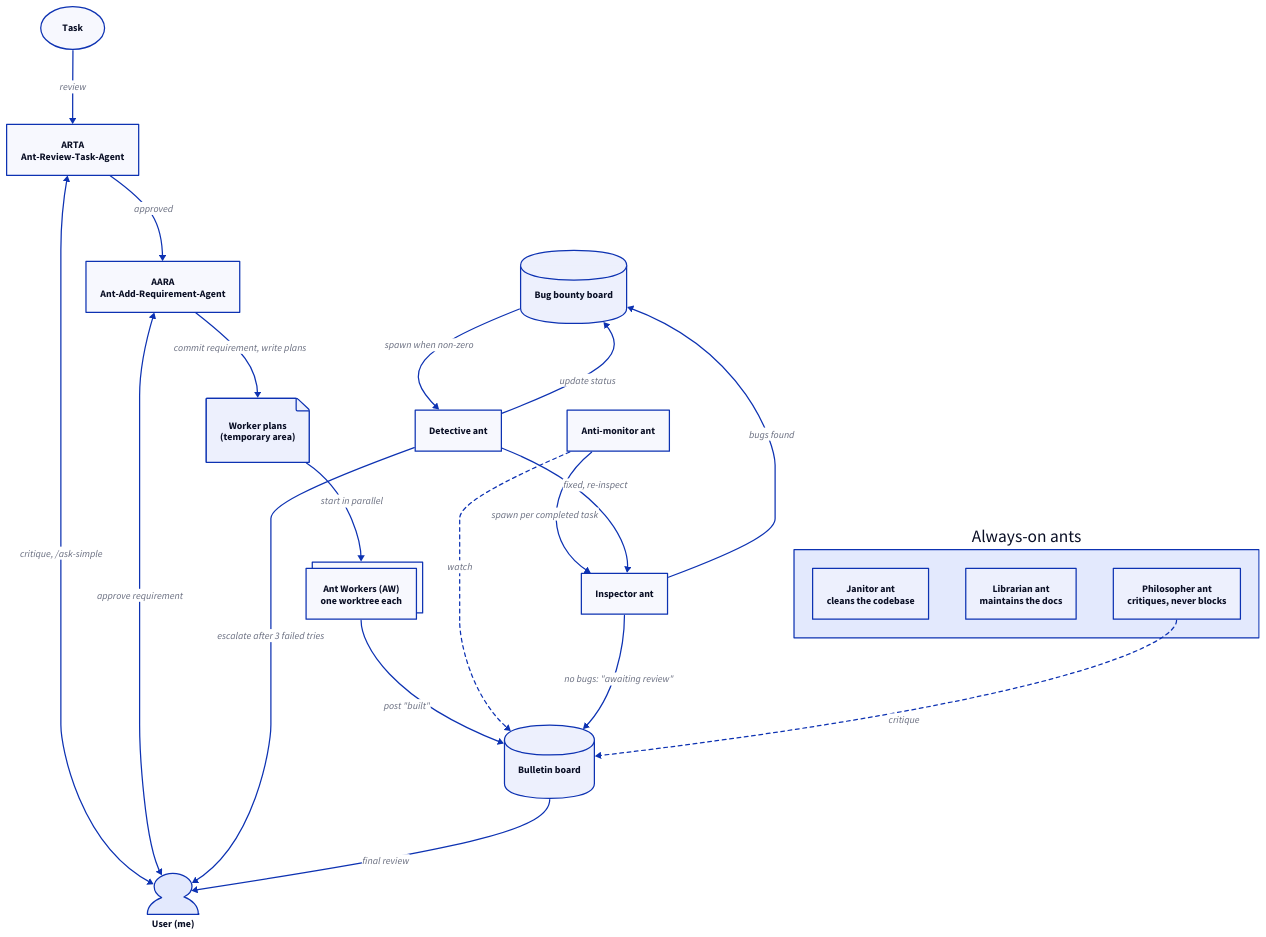
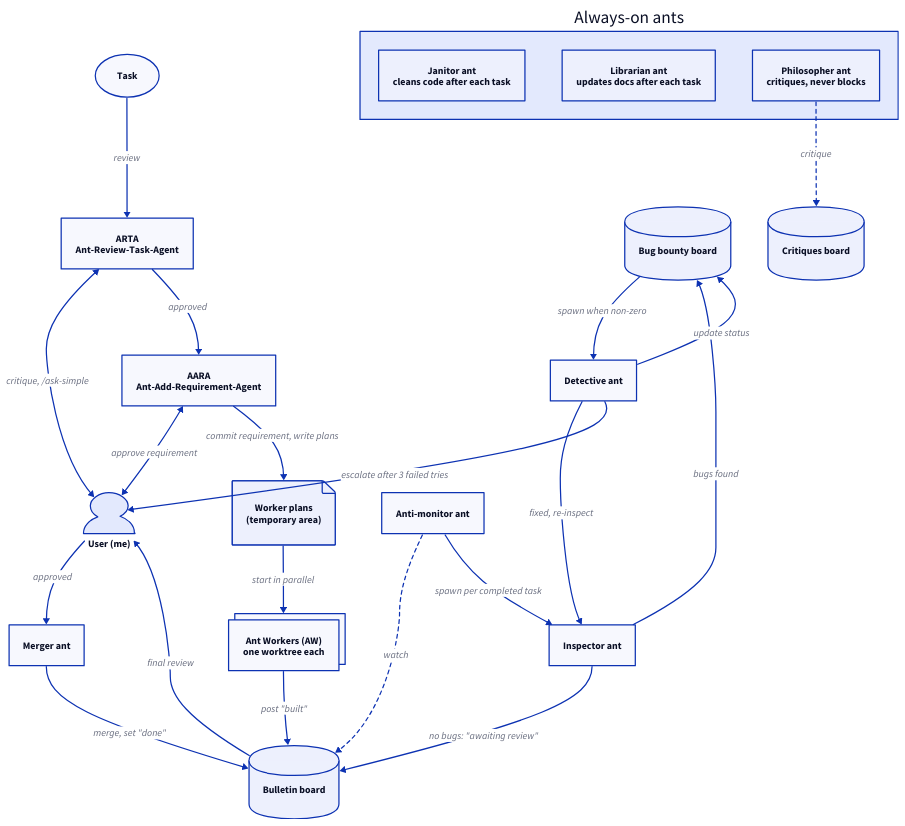
Before and after one commit to raveensrk/agent1: the diagram in age_of_agents/index.md, drawn with D2. The commit also changed other lines of this file and 4 other files, not shown here.

Commit message:
docs(ishikari): merger ant, upkeep timing, critiques board, workflow script

````diff
--- a/age_of_agents/index.md
+++ b/age_of_agents/index.md
@@ -61,42 +68,47 @@
 ```d2
 direction: down
 
 task: Task {shape: oval}
 user: User (me) {shape: person}
 
 arta: ARTA\nAnt-Review-Task-Agent
 aara: AARA\nAnt-Add-Requirement-Agent
 plan: Worker plans\n(temporary area) {shape: page}
 aw: Ant Workers (AW)\none worktree each {style.multiple: true}
 
 bulletin: Bulletin board {shape: cylinder}
 bounty: Bug bounty board {shape: cylinder}
 
 monitor: Anti-monitor ant
 inspector: Inspector ant
 detective: Detective ant
 
+merger: Merger ant
+critiques: Critiques board {shape: cylinder}
+
 always_on: Always-on ants {
-  janitor: Janitor ant\ncleans the codebase
-  librarian: Librarian ant\nmaintains the docs
+  janitor: Janitor ant\ncleans code after each task
+  librarian: Librarian ant\nupdates docs after each task
   philosopher: Philosopher ant\ncritiques, never blocks
 }
 
 task -> arta: review
 arta <-> user: critique, /ask-simple
 arta -> aara: approved
 aara <-> user: approve requirement
 aara -> plan: commit requirement, write plans
 plan -> aw: start in parallel
 aw -> bulletin: post "built"
 monitor -> bulletin: watch {style.stroke-dash: 3}
 monitor -> inspector: spawn per completed task
 inspector -> bulletin: no bugs: "awaiting review"
 inspector -> bounty: bugs found
 bounty -> detective: spawn when non-zero
 detective -> inspector: fixed, re-inspect
 detective -> bounty: update status
 detective -> user: escalate after 3 failed tries
 bulletin -> user: final review
-always_on.philosopher -> bulletin: critique {style.stroke-dash: 3}
+user -> merger: approved
+merger -> bulletin: merge, set "done"
+always_on.philosopher -> critiques: critique {style.stroke-dash: 3}
 ```
````
